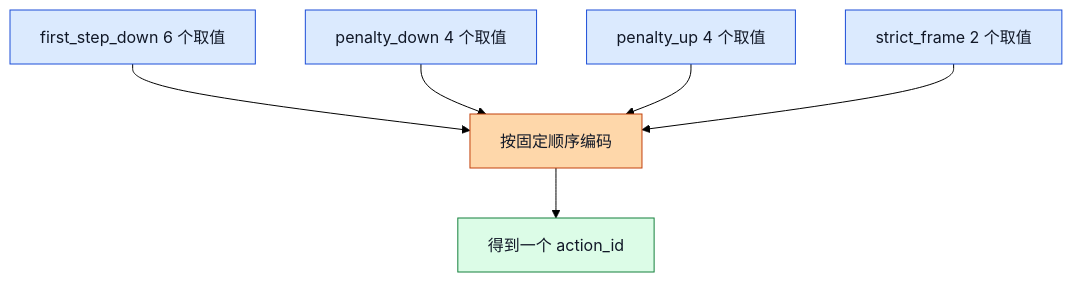
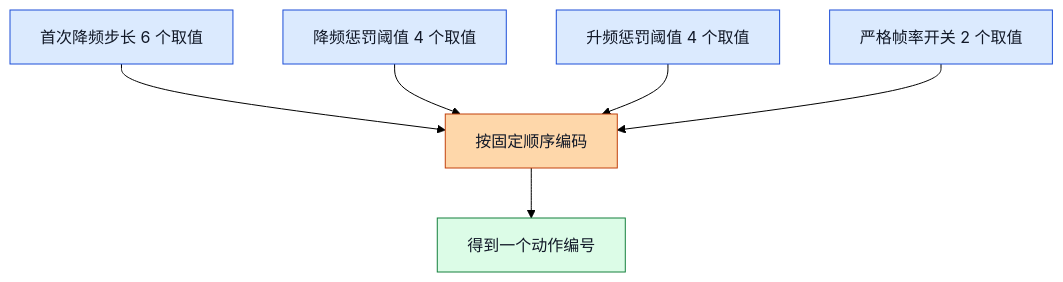
Before and after one commit to Mrphase/RL-Doc: the third of 9 diagrams in learn/02_RL_Core_Concepts.md, drawn with Mermaid (forest theme). The commit also changed other lines of this file and 14 other files, not shown here.

First line of the commit message:
fix: clean mermaid labels in learn docs

````diff
--- a/learn/02_RL_Core_Concepts.md
+++ b/learn/02_RL_Core_Concepts.md
@@ -312,16 +312,16 @@
 ```mermaid
 flowchart TD
-    I1[first_step_down 6 个取值] --> P[按固定顺序编码]
-    I2[penalty_down 4 个取值] --> P
-    I3[penalty_up 4 个取值] --> P
-    I4[strict_frame 2 个取值] --> P
-    P --> O[得到一个 action_id]
+    I1[首次降频步长 6 个取值] --> P[按固定顺序编码]
+    I2[降频惩罚阈值 4 个取值] --> P
+    I3[升频惩罚阈值 4 个取值] --> P
+    I4[严格帧率开关 2 个取值] --> P
+    P --> O[得到一个动作编号]
 
     classDef input fill:#dbeafe,stroke:#1d4ed8,color:#111827;
     classDef process fill:#fed7aa,stroke:#c2410c,color:#111827;
     classDef output fill:#dcfce7,stroke:#15803d,color:#111827;
 
     class I1,I2,I3,I4 input;
     class P process;
     class O output;
 ```
````
